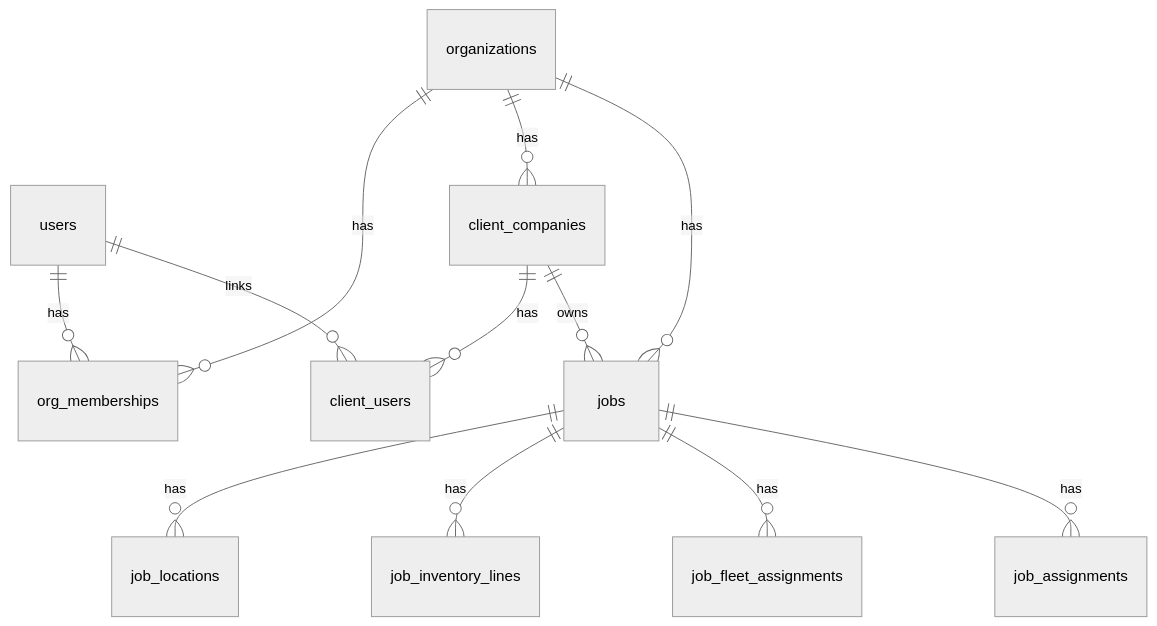
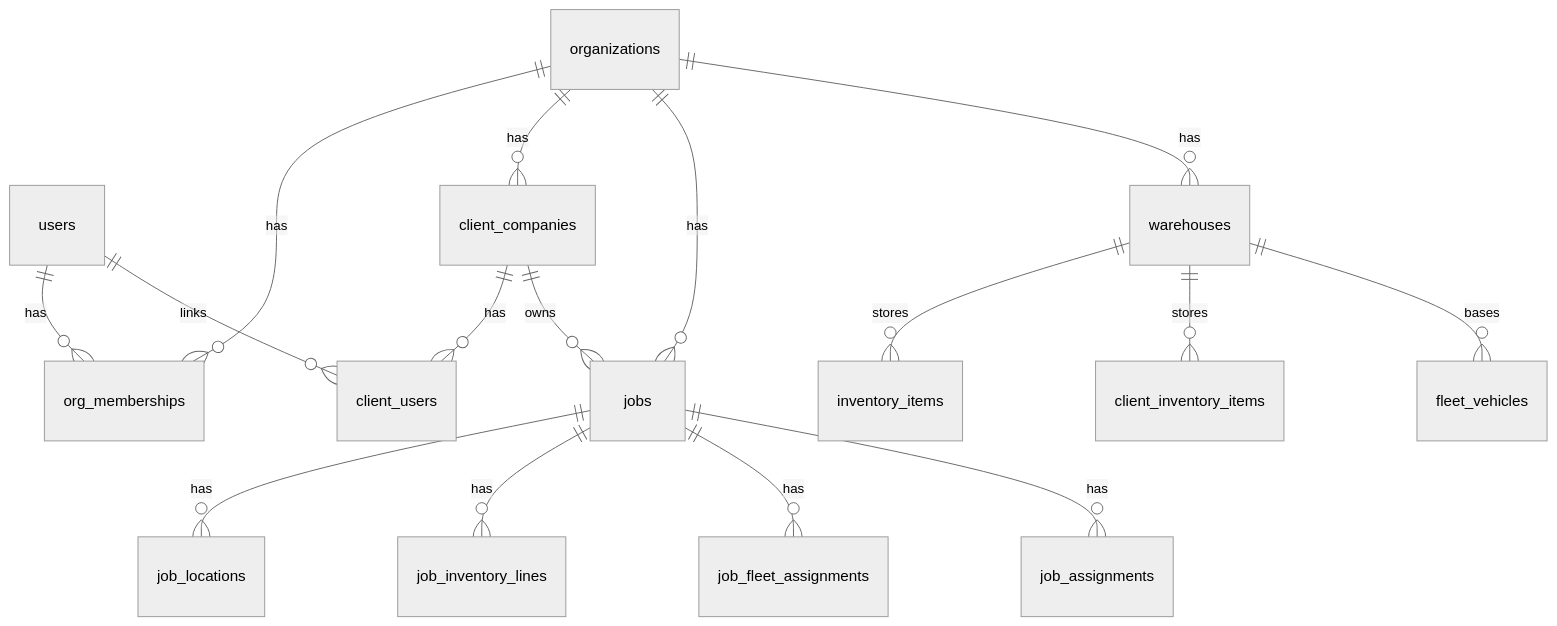
Before and after one commit to jakedcl/logiparty: the diagram in docs/SCHEMA.md, drawn with Mermaid (neutral theme). The commit also changed other lines of this file and 28 other files, not shown here.

First line of the commit message:
A18: Unify Inventory hub with Client/Equipment/Fleet tabs and warehouses.

````diff
--- a/docs/SCHEMA.md
+++ b/docs/SCHEMA.md
@@ -386,14 +401,18 @@
 ```mermaid
 erDiagram
   organizations ||--o{ org_memberships : has
   users ||--o{ org_memberships : has
   organizations ||--o{ client_companies : has
   client_companies ||--o{ client_users : has
   users ||--o{ client_users : links
   organizations ||--o{ jobs : has
+  organizations ||--o{ warehouses : has
   client_companies ||--o{ jobs : owns
+  warehouses ||--o{ inventory_items : stores
+  warehouses ||--o{ client_inventory_items : stores
+  warehouses ||--o{ fleet_vehicles : bases
   jobs ||--o{ job_locations : has
   jobs ||--o{ job_inventory_lines : has
   jobs ||--o{ job_fleet_assignments : has
   jobs ||--o{ job_assignments : has
 ```
````
